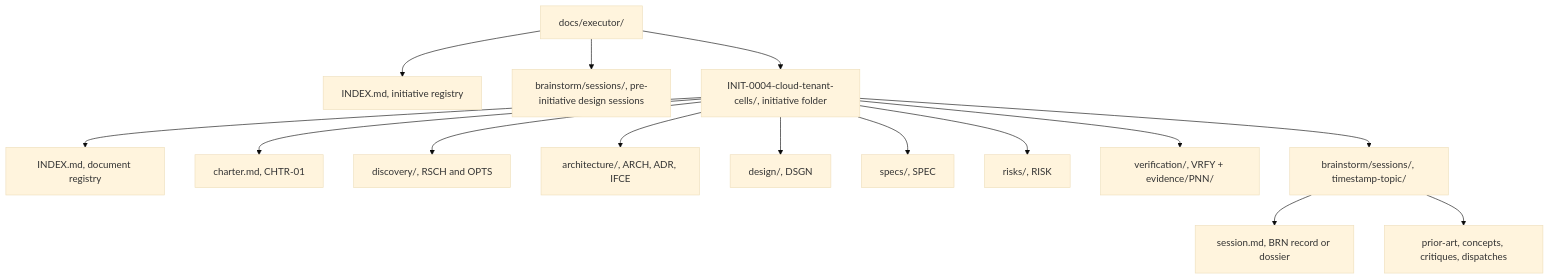
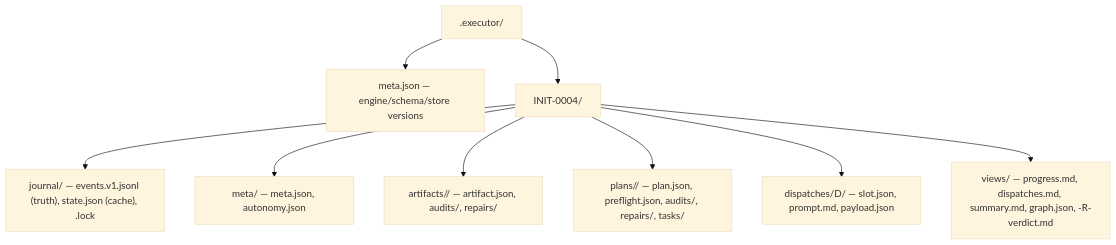
Before and after one commit to Atri10/executor: the first of 3 diagrams in skills/executor/references/layout.md, drawn with Mermaid (base theme). The commit also changed other lines of this file and 40 other files, not shown here.

````diff
--- a/skills/executor/references/layout.md
+++ b/skills/executor/references/layout.md
@@ -8,17 +21,11 @@
 ```mermaid
 flowchart TB
-    ROOT["docs/executor/"] --> REG["INDEX.md, initiative registry"]
-    ROOT --> PRE["brainstorm/sessions/, pre-initiative design sessions"]
-    ROOT --> INIT["INIT-0004-cloud-tenant-cells/, initiative folder"]
-    INIT --> IREG["INDEX.md, document registry"]
-    INIT --> CH["charter.md, CHTR-01"]
-    INIT --> DISC["discovery/, RSCH and OPTS"]
-    INIT --> ARCH["architecture/, ARCH, ADR, IFCE"]
-    INIT --> DESIGN["design/, DSGN"]
-    INIT --> SPECS["specs/, SPEC"]
-    INIT --> RISKS["risks/, RISK"]
-    INIT --> VERIFY["verification/, VRFY + evidence/PNN/"]
-    INIT --> BRAIN["brainstorm/sessions/, timestamp-topic/"]
-    BRAIN --> REC["session.md, BRN record or dossier"]
-    BRAIN --> WORK["prior-art, concepts, critiques, dispatches"]
+    ROOT[".executor/"] --> RM["meta.json — engine/schema/store versions"]
+    ROOT --> INIT["INIT-0004/"]
+    INIT --> JRN["journal/ — events.v1.jsonl (truth), state.json (cache), .lock"]
+    INIT --> META["meta/ — meta.json, autonomy.json"]
+    INIT --> ART["artifacts/<ARTIFACT-ID>/ — artifact.json, audits/, repairs/"]
+    INIT --> PLN["plans/<PLAN-ID>/ — plan.json, preflight.json, audits/, repairs/, tasks/"]
+    INIT --> DISP["dispatches/D<NNNNN>/ — slot.json, prompt.md, payload.json"]
+    INIT --> VWS["views/ — progress.md, dispatches.md, summary.md, graph.json, <TASK-ID>-R<NN>-verdict.md"]
 ```
````
